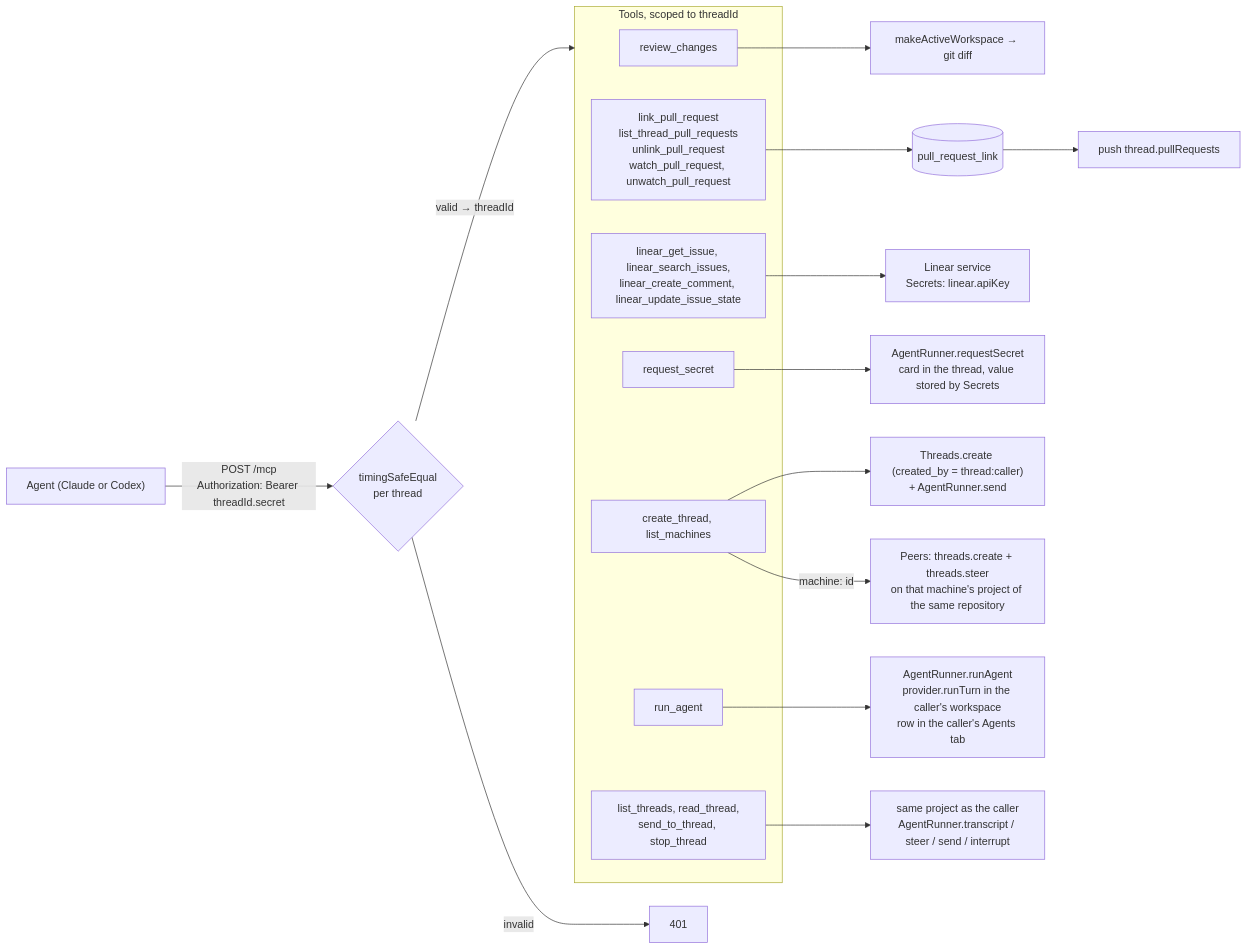
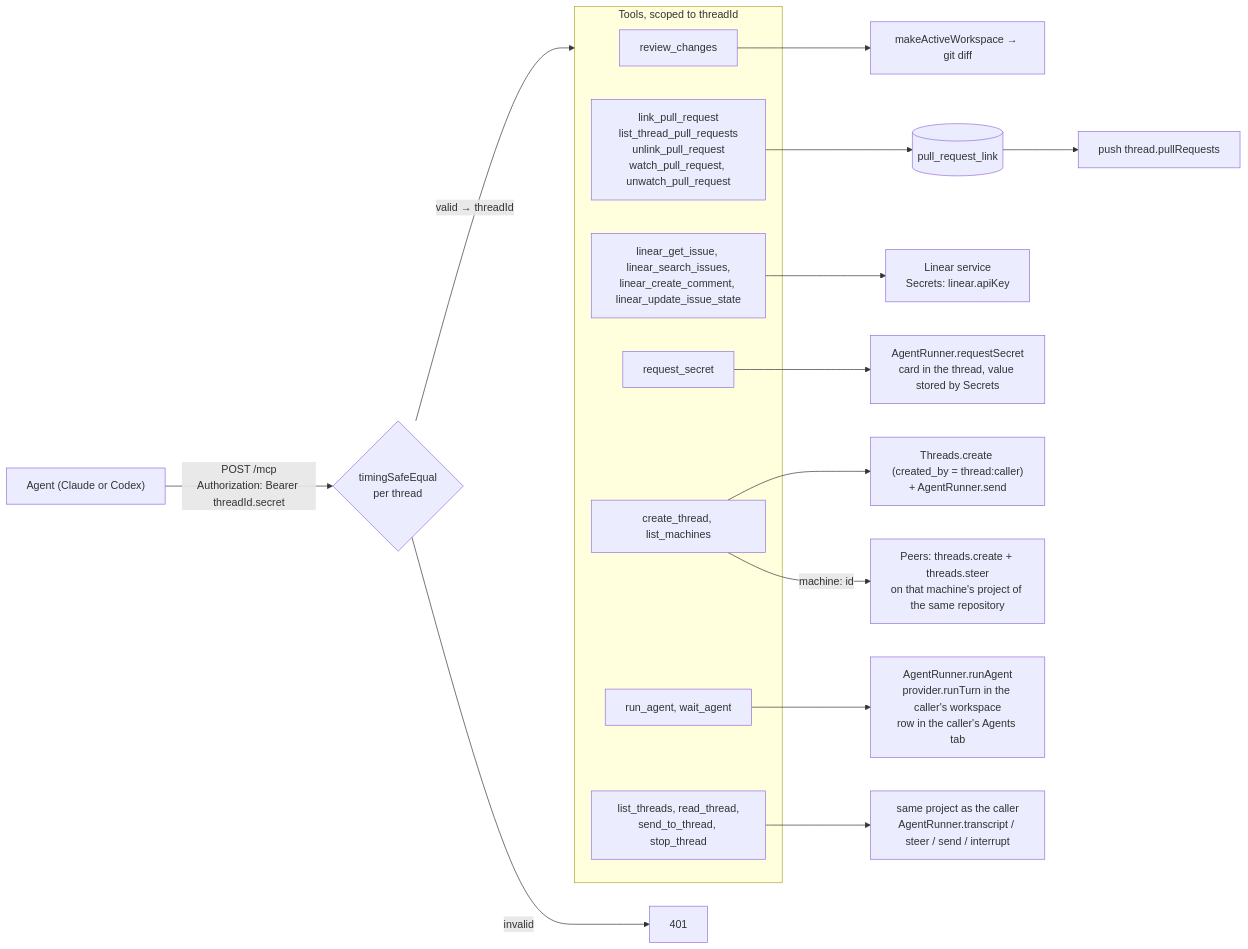
Diagram 15 of 17 in docs/arch.md (hinadev-ai/hinacode), drawn with Mermaid before and after one commit. The commit also changed other lines of this file and 4 other files, not shown here.

First line of the commit message:
fix(mcp): hand back slow run_agent sub-agents before Muse gives up

````diff
--- a/docs/arch.md
+++ b/docs/arch.md
@@ -584,23 +584,23 @@
 ```mermaid
 flowchart LR
   agent["Agent (Claude or Codex)"] -- "POST /mcp<br/>Authorization: Bearer threadId.secret" --> auth{"timingSafeEqual<br/>per thread"}
   auth -- "valid → threadId" --> tools
   auth -- invalid --> deny["401"]
   subgraph tools["Tools, scoped to threadId"]
     review["review_changes"]
     prs["link_pull_request<br/>list_thread_pull_requests<br/>unlink_pull_request<br/>watch_pull_request, unwatch_pull_request"]
     linear["linear_get_issue, linear_search_issues,<br/>linear_create_comment, linear_update_issue_state"]
     secret["request_secret"]
     create["create_thread, list_machines"]
-    run["run_agent"]
+    run["run_agent, wait_agent"]
     control["list_threads, read_thread,<br/>send_to_thread, stop_thread"]
   end
   review --> ws["makeActiveWorkspace → git diff"]
   prs --> db[("pull_request_link")] --> push["push thread.pullRequests"]
   linear --> apikey["Linear service<br/>Secrets: linear.apiKey"]
   secret --> runner["AgentRunner.requestSecret<br/>card in the thread, value stored by Secrets"]
   create --> threads["Threads.create (created_by = thread:caller)<br/>+ AgentRunner.send"]
   create -- "machine: id" --> peers["Peers: threads.create + threads.steer<br/>on that machine's project of the same repository"]
   run --> agentRun["AgentRunner.runAgent<br/>provider.runTurn in the caller's workspace<br/>row in the caller's Agents tab"]
   control --> scope["same project as the caller<br/>AgentRunner.transcript / steer / send / interrupt"]
 ```
````
